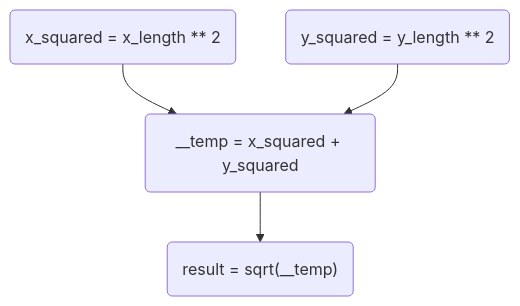
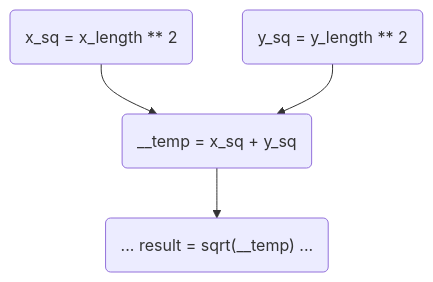
Before and after one commit to pythonspeed/low-level-performance-book: the second of 2 diagrams in book/part_3_mechanical_sympathy/010_instruction_level_parallelism.qmd, drawn with Mermaid. The commit also changed other lines of this file and 7 other files, not shown here.

````diff
--- a/book/part_3_mechanical_sympathy/010_instruction_level_parallelism.qmd
+++ b/book/part_3_mechanical_sympathy/010_instruction_level_parallelism.qmd
@@ -67,6 +69,6 @@
 ```{mermaid}
 flowchart TD
- A("x_squared = x_length ** 2") --> C("__temp = x_squared + y_squared")
- B("y_squared = y_length ** 2") --> C
- C --> D("result = sqrt(__temp)")
+ A("x_sq = x_length ** 2") --> C("__temp = x_sq + y_sq")
+ B("y_sq = y_length ** 2") --> C
+ C --> D("... result = sqrt(__temp) ...")
 ```
````
